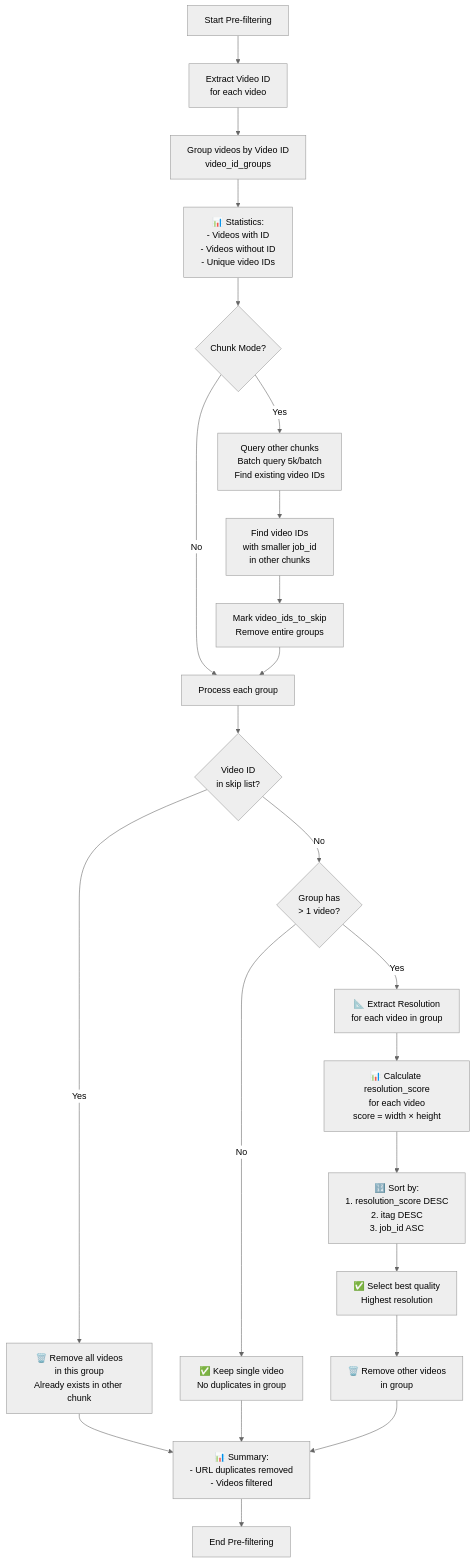
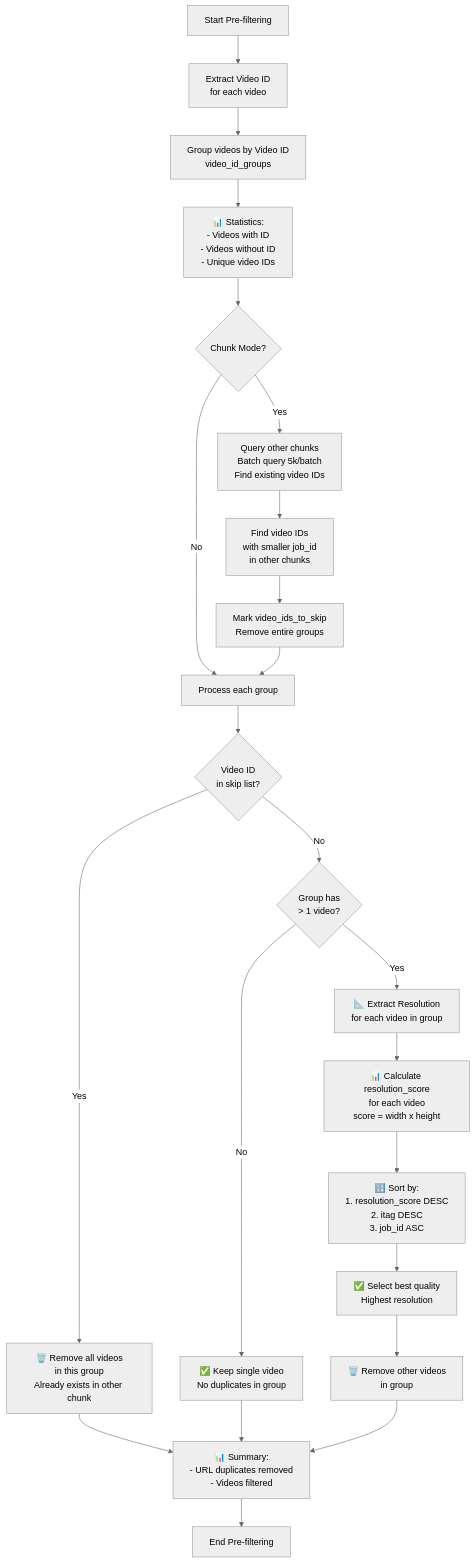
One commit to quanmbl4255142/check_tvc_update_zilliz changed the eighth of 10 diagrams in flowchart_duplicate_filtering.md. Above: the diagram before and after it, drawn with Mermaid (neutral theme). The commit also changed other lines of this file, not shown here.

Commit message:
update error flow

````diff
--- a/flowchart_duplicate_filtering.md
+++ b/flowchart_duplicate_filtering.md
@@ -514,41 +514,41 @@
 ```mermaid
 flowchart TD
     Start[Start Pre-filtering] --> Extract[Extract Video ID<br/>for each video]
     
     Extract --> Group[Group videos by Video ID<br/>video_id_groups]
     
     Group --> Stats[📊 Statistics:<br/>- Videos with ID<br/>- Videos without ID<br/>- Unique video IDs]
     
     Stats --> CheckChunk{Chunk Mode?}
     
     CheckChunk -->|Yes| QueryOther[Query other chunks<br/>Batch query 5k/batch<br/>Find existing video IDs]
     CheckChunk -->|No| ProcessGroups
     
     QueryOther --> FindExisting[Find video IDs<br/>with smaller job_id<br/>in other chunks]
     
     FindExisting --> MarkSkip[Mark video_ids_to_skip<br/>Remove entire groups]
     
     MarkSkip --> ProcessGroups[Process each group]
     
     ProcessGroups --> CheckSkip{Video ID<br/>in skip list?}
     
     CheckSkip -->|Yes| RemoveAll[🗑️ Remove all videos<br/>in this group<br/>Already exists in other chunk]
     CheckSkip -->|No| CheckMultiple{Group has<br/>> 1 video?}
     
     CheckMultiple -->|No| KeepSingle[✅ Keep single video<br/>No duplicates in group]
     CheckMultiple -->|Yes| ExtractRes[📐 Extract Resolution<br/>for each video in group]
     
-    ExtractRes --> CalcScores[📊 Calculate resolution_score<br/>for each video<br/>score = width × height]
+    ExtractRes --> CalcScores["📊 Calculate resolution_score<br/>for each video<br/>score = width x height"]
     
     CalcScores --> Sort[🔢 Sort by:<br/>1. resolution_score DESC<br/>2. itag DESC<br/>3. job_id ASC]
     
     Sort --> SelectBest[✅ Select best quality<br/>Highest resolution]
     
     SelectBest --> RemoveOthers[🗑️ Remove other videos<br/>in group]
     
     RemoveAll --> Summary
     KeepSingle --> Summary
     RemoveOthers --> Summary[📊 Summary:<br/>- URL duplicates removed<br/>- Videos filtered]
     
     Summary --> End[End Pre-filtering]
 ```
````
